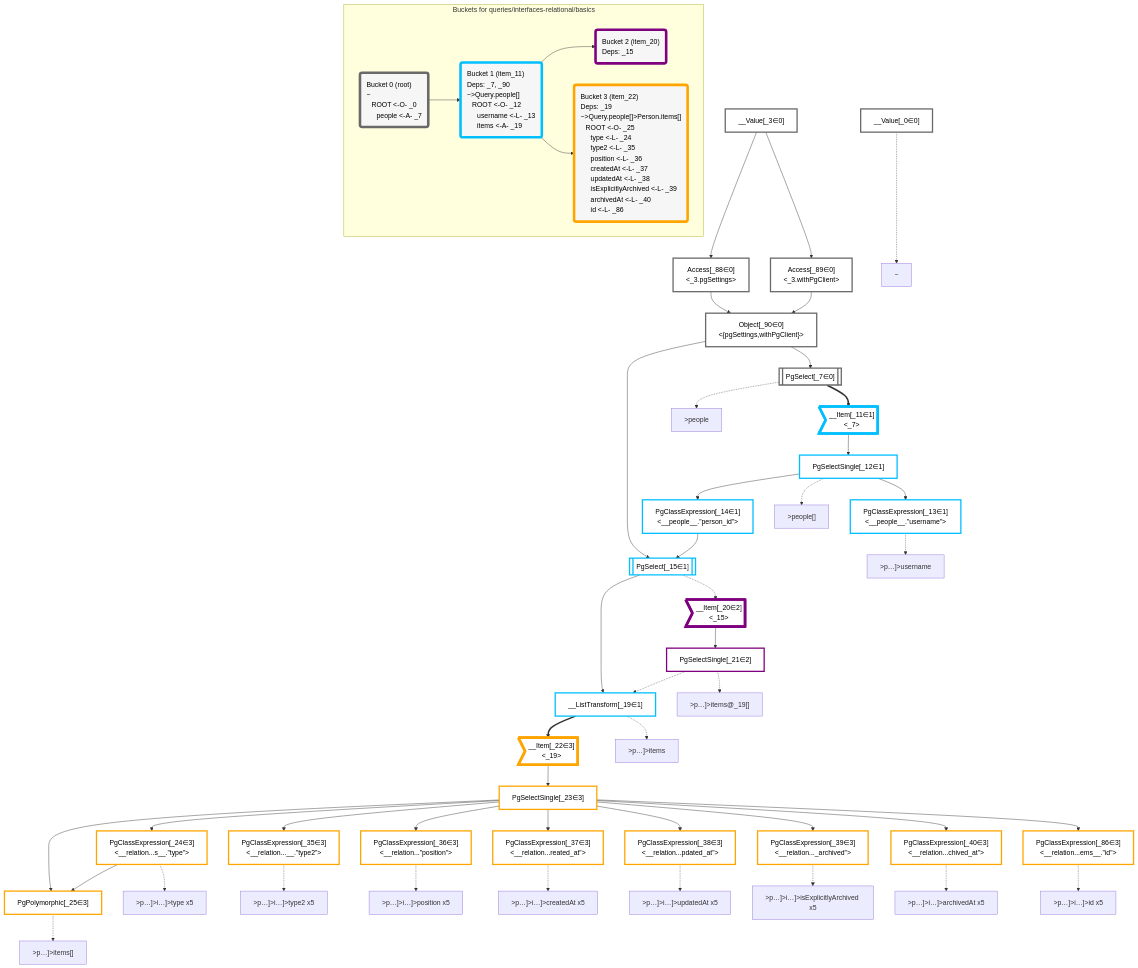
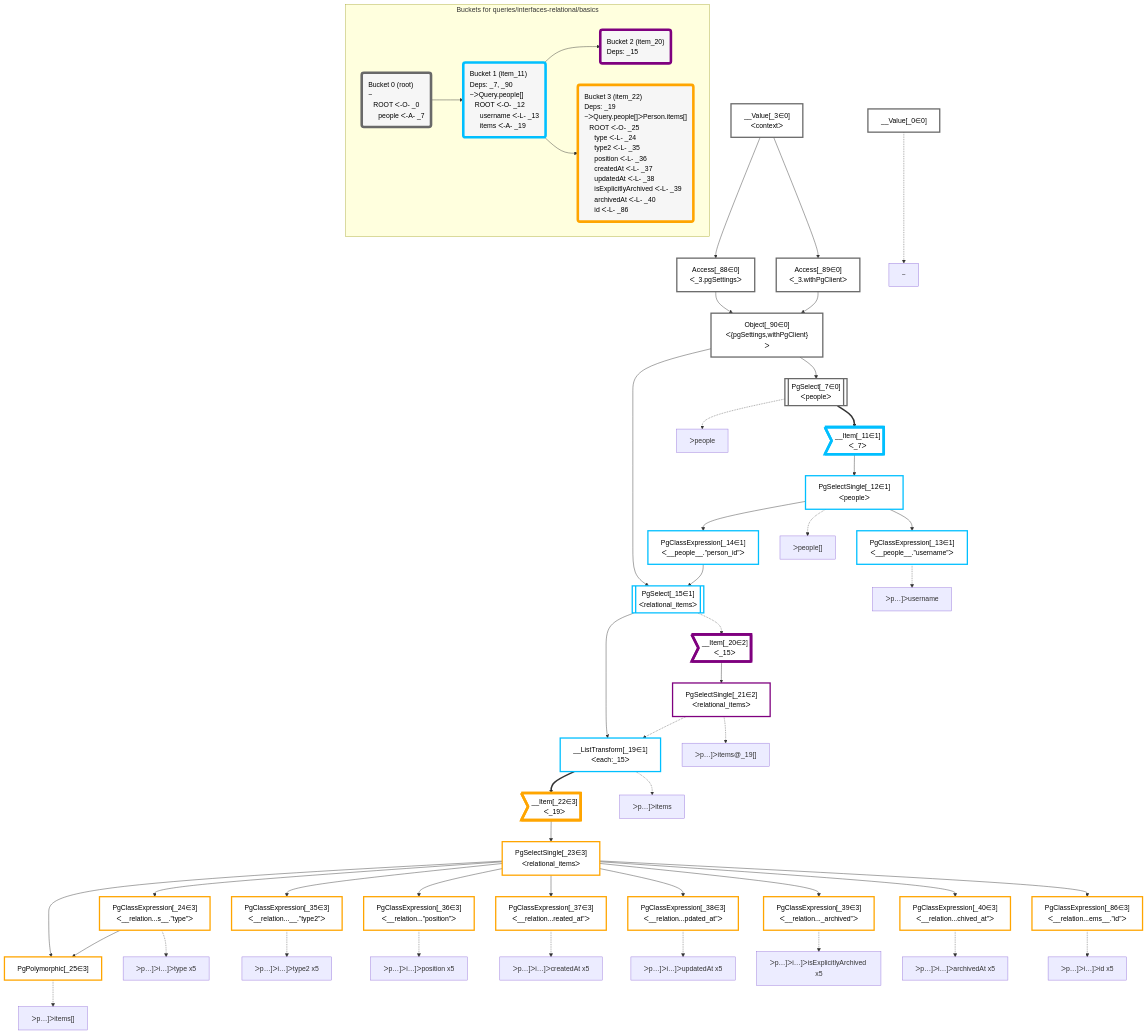
The diagram in packages/dataplan-pg/__tests__/queries/interfaces-relational/basics.deopt.mermaid.md (graphile/crystal), drawn with Mermaid before and after one commit. The commit also changed 195 other files, not shown here.

```diff
--- a/packages/dataplan-pg/__tests__/queries/interfaces-relational/basics.deopt.mermaid.md
+++ b/packages/dataplan-pg/__tests__/queries/interfaces-relational/basics.deopt.mermaid.md
@@ -9,30 +9,30 @@
 
     %% define plans
     __Value_0["__Value[_0∈0]"]:::plan
-    __Value_3["__Value[_3∈0]<br /><context>"]:::plan
-    PgSelect_7[["PgSelect[_7∈0]<br /><people>"]]:::plan
-    __Item_11>"__Item[_11∈1]<br /><_7>"]:::itemplan
-    PgSelectSingle_12["PgSelectSingle[_12∈1]<br /><people>"]:::plan
-    PgClassExpression_13["PgClassExpression[_13∈1]<br /><__people__.”username”>"]:::plan
-    PgClassExpression_14["PgClassExpression[_14∈1]<br /><__people__.”person_id”>"]:::plan
-    PgSelect_15[["PgSelect[_15∈1]<br /><relational_items>"]]:::plan
-    __ListTransform_19["__ListTransform[_19∈1]<br /><each:_15>"]:::plan
-    __Item_20>"__Item[_20∈2]<br /><_15>"]:::itemplan
-    PgSelectSingle_21["PgSelectSingle[_21∈2]<br /><relational_items>"]:::plan
-    __Item_22>"__Item[_22∈3]<br /><_19>"]:::itemplan
-    PgSelectSingle_23["PgSelectSingle[_23∈3]<br /><relational_items>"]:::plan
-    PgClassExpression_24["PgClassExpression[_24∈3]<br /><__relation...s__.”type”>"]:::plan
+    __Value_3["__Value[_3∈0]<br />ᐸcontextᐳ"]:::plan
+    PgSelect_7[["PgSelect[_7∈0]<br />ᐸpeopleᐳ"]]:::plan
+    __Item_11>"__Item[_11∈1]<br />ᐸ_7ᐳ"]:::itemplan
+    PgSelectSingle_12["PgSelectSingle[_12∈1]<br />ᐸpeopleᐳ"]:::plan
+    PgClassExpression_13["PgClassExpression[_13∈1]<br />ᐸ__people__.”username”ᐳ"]:::plan
+    PgClassExpression_14["PgClassExpression[_14∈1]<br />ᐸ__people__.”person_id”ᐳ"]:::plan
+    PgSelect_15[["PgSelect[_15∈1]<br />ᐸrelational_itemsᐳ"]]:::plan
+    __ListTransform_19["__ListTransform[_19∈1]<br />ᐸeach:_15ᐳ"]:::plan
+    __Item_20>"__Item[_20∈2]<br />ᐸ_15ᐳ"]:::itemplan
+    PgSelectSingle_21["PgSelectSingle[_21∈2]<br />ᐸrelational_itemsᐳ"]:::plan
+    __Item_22>"__Item[_22∈3]<br />ᐸ_19ᐳ"]:::itemplan
+    PgSelectSingle_23["PgSelectSingle[_23∈3]<br />ᐸrelational_itemsᐳ"]:::plan
+    PgClassExpression_24["PgClassExpression[_24∈3]<br />ᐸ__relation...s__.”type”ᐳ"]:::plan
     PgPolymorphic_25["PgPolymorphic[_25∈3]"]:::plan
-    PgClassExpression_35["PgClassExpression[_35∈3]<br /><__relation...__.”type2”>"]:::plan
-    PgClassExpression_36["PgClassExpression[_36∈3]<br /><__relation...”position”>"]:::plan
-    PgClassExpression_37["PgClassExpression[_37∈3]<br /><__relation...reated_at”>"]:::plan
-    PgClassExpression_38["PgClassExpression[_38∈3]<br /><__relation...pdated_at”>"]:::plan
-    PgClassExpression_39["PgClassExpression[_39∈3]<br /><__relation..._archived”>"]:::plan
-    PgClassExpression_40["PgClassExpression[_40∈3]<br /><__relation...chived_at”>"]:::plan
-    PgClassExpression_86["PgClassExpression[_86∈3]<br /><__relation...ems__.”id”>"]:::plan
-    Access_88["Access[_88∈0]<br /><_3.pgSettings>"]:::plan
-    Access_89["Access[_89∈0]<br /><_3.withPgClient>"]:::plan
-    Object_90["Object[_90∈0]<br /><{pgSettings,withPgClient}>"]:::plan
+    PgClassExpression_35["PgClassExpression[_35∈3]<br />ᐸ__relation...__.”type2”ᐳ"]:::plan
+    PgClassExpression_36["PgClassExpression[_36∈3]<br />ᐸ__relation...”position”ᐳ"]:::plan
+    PgClassExpression_37["PgClassExpression[_37∈3]<br />ᐸ__relation...reated_at”ᐳ"]:::plan
+    PgClassExpression_38["PgClassExpression[_38∈3]<br />ᐸ__relation...pdated_at”ᐳ"]:::plan
+    PgClassExpression_39["PgClassExpression[_39∈3]<br />ᐸ__relation..._archived”ᐳ"]:::plan
+    PgClassExpression_40["PgClassExpression[_40∈3]<br />ᐸ__relation...chived_at”ᐳ"]:::plan
+    PgClassExpression_86["PgClassExpression[_86∈3]<br />ᐸ__relation...ems__.”id”ᐳ"]:::plan
+    Access_88["Access[_88∈0]<br />ᐸ_3.pgSettingsᐳ"]:::plan
+    Access_89["Access[_89∈0]<br />ᐸ_3.withPgClientᐳ"]:::plan
+    Object_90["Object[_90∈0]<br />ᐸ{pgSettings,withPgClient}ᐳ"]:::plan
 
     %% plan dependencies
     Object_90 --> PgSelect_7
@@ -66,33 +66,33 @@
     %% plan-to-path relationships
     P_0["~"]
     __Value_0 -.-> P_0
-    P_7[">people"]
+    P_7["ᐳpeople"]
     PgSelect_7 -.-> P_7
-    P_12[">people[]"]
+    P_12["ᐳpeople[]"]
     PgSelectSingle_12 -.-> P_12
-    P_13[">p…]>username"]
+    P_13["ᐳp…]ᐳusername"]
     PgClassExpression_13 -.-> P_13
-    P_19[">p…]>items"]
+    P_19["ᐳp…]ᐳitems"]
     __ListTransform_19 -.-> P_19
-    P_21[">p…]>items@_19[]"]
+    P_21["ᐳp…]ᐳitems@_19[]"]
     PgSelectSingle_21 -.-> P_21
-    P_24[">p…]>i…]>type x5"]
+    P_24["ᐳp…]ᐳi…]ᐳtype x5"]
     PgClassExpression_24 -.-> P_24
-    P_25[">p…]>items[]"]
+    P_25["ᐳp…]ᐳitems[]"]
     PgPolymorphic_25 -.-> P_25
-    P_35[">p…]>i…]>type2 x5"]
+    P_35["ᐳp…]ᐳi…]ᐳtype2 x5"]
     PgClassExpression_35 -.-> P_35
-    P_36[">p…]>i…]>position x5"]
+    P_36["ᐳp…]ᐳi…]ᐳposition x5"]
     PgClassExpression_36 -.-> P_36
-    P_37[">p…]>i…]>createdAt x5"]
+    P_37["ᐳp…]ᐳi…]ᐳcreatedAt x5"]
     PgClassExpression_37 -.-> P_37
-    P_38[">p…]>i…]>updatedAt x5"]
+    P_38["ᐳp…]ᐳi…]ᐳupdatedAt x5"]
     PgClassExpression_38 -.-> P_38
-    P_39[">p…]>i…]>isExplicitlyArchived x5"]
+    P_39["ᐳp…]ᐳi…]ᐳisExplicitlyArchived x5"]
     PgClassExpression_39 -.-> P_39
-    P_40[">p…]>i…]>archivedAt x5"]
+    P_40["ᐳp…]ᐳi…]ᐳarchivedAt x5"]
     PgClassExpression_40 -.-> P_40
-    P_86[">p…]>i…]>id x5"]
+    P_86["ᐳp…]ᐳi…]ᐳid x5"]
     PgClassExpression_86 -.-> P_86
 
     %% allocate buckets
@@ -106,15 +106,15 @@
     class __Item_22,PgSelectSingle_23,PgClassExpression_24,PgPolymorphic_25,PgClassExpression_35,PgClassExpression_36,PgClassExpression_37,PgClassExpression_38,PgClassExpression_39,PgClassExpression_40,PgClassExpression_86 bucket3
 
     subgraph "Buckets for queries/interfaces-relational/basics"
-    Bucket0("Bucket 0 (root)<br />~<br />⠀ROOT <-O- _0<br />⠀⠀people <-A- _7"):::bucket
+    Bucket0("Bucket 0 (root)<br />~<br />⠀ROOT ᐸ-O- _0<br />⠀⠀people ᐸ-A- _7"):::bucket
     style Bucket0 stroke:#696969
-    Bucket1("Bucket 1 (item_11)<br />Deps: _7, _90<br />~>Query.people[]<br />⠀ROOT <-O- _12<br />⠀⠀username <-L- _13<br />⠀⠀items <-A- _19"):::bucket
+    Bucket1("Bucket 1 (item_11)<br />Deps: _7, _90<br />~ᐳQuery.people[]<br />⠀ROOT ᐸ-O- _12<br />⠀⠀username ᐸ-L- _13<br />⠀⠀items ᐸ-A- _19"):::bucket
     style Bucket1 stroke:#00bfff
     Bucket0 --> Bucket1
     Bucket2("Bucket 2 (item_20)<br />Deps: _15"):::bucket
     style Bucket2 stroke:#7f007f
     Bucket1 --> Bucket2
-    Bucket3("Bucket 3 (item_22)<br />Deps: _19<br />~>Query.people[]>Person.items[]<br />⠀ROOT <-O- _25<br />⠀⠀type <-L- _24<br />⠀⠀type2 <-L- _35<br />⠀⠀position <-L- _36<br />⠀⠀createdAt <-L- _37<br />⠀⠀updatedAt <-L- _38<br />⠀⠀isExplicitlyArchived <-L- _39<br />⠀⠀archivedAt <-L- _40<br />⠀⠀id <-L- _86"):::bucket
+    Bucket3("Bucket 3 (item_22)<br />Deps: _19<br />~ᐳQuery.people[]ᐳPerson.items[]<br />⠀ROOT ᐸ-O- _25<br />⠀⠀type ᐸ-L- _24<br />⠀⠀type2 ᐸ-L- _35<br />⠀⠀position ᐸ-L- _36<br />⠀⠀createdAt ᐸ-L- _37<br />⠀⠀updatedAt ᐸ-L- _38<br />⠀⠀isExplicitlyArchived ᐸ-L- _39<br />⠀⠀archivedAt ᐸ-L- _40<br />⠀⠀id ᐸ-L- _86"):::bucket
     style Bucket3 stroke:#ffa500
     Bucket1 --> Bucket3
     end
```
